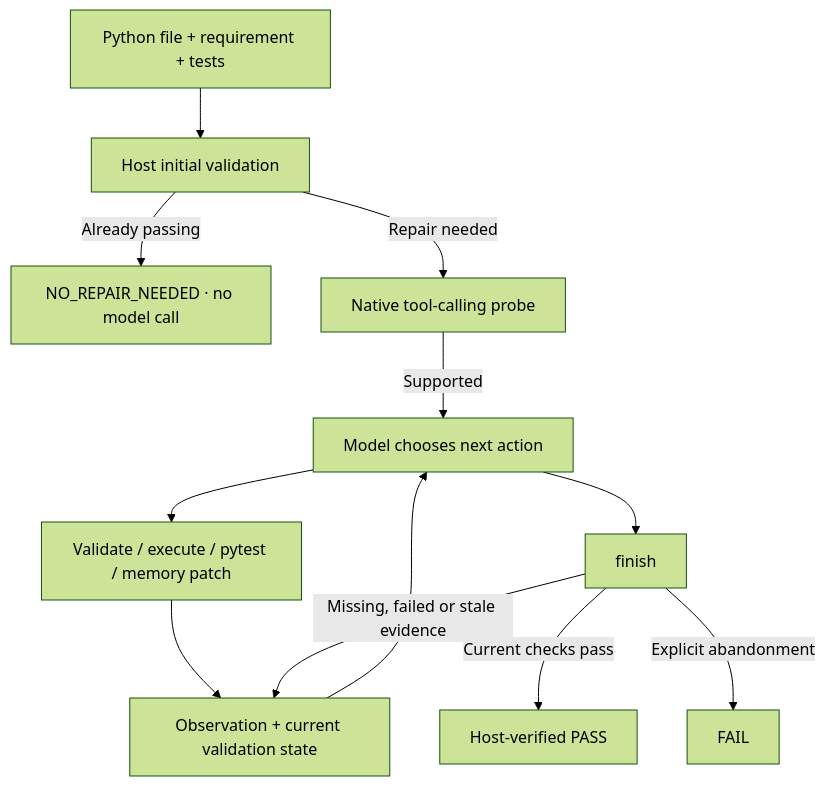
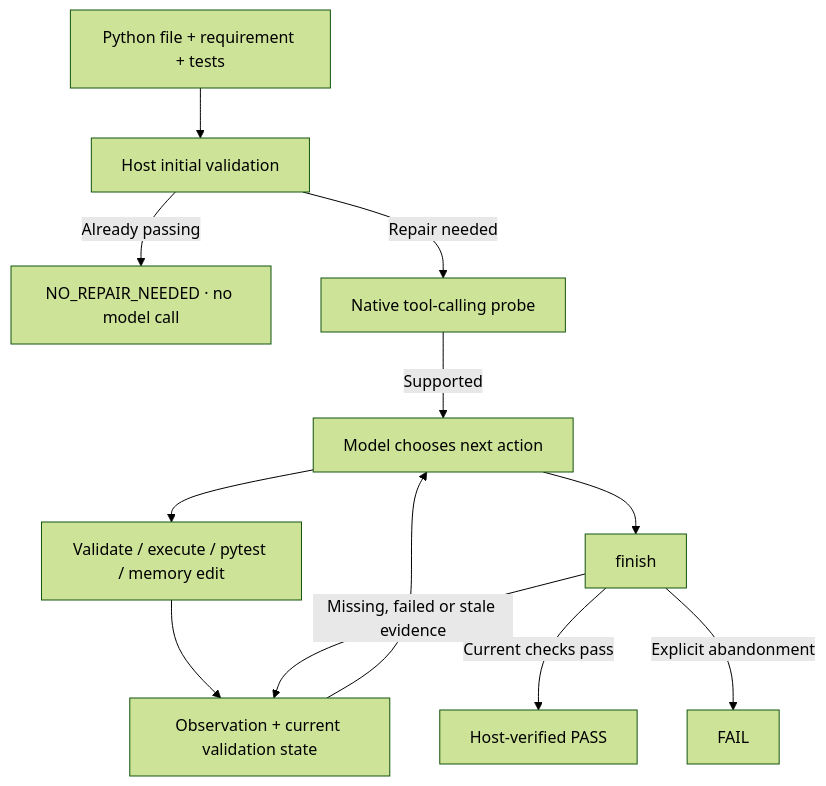
One commit to tTko99/dependency-aware-codegen changed the diagram in README.md. Above: the diagram before and after it, drawn with Mermaid (forest theme). The commit also changed other lines of this file and 1 other file, not shown here.

````diff
--- a/README.md
+++ b/README.md
@@ -30,14 +32,14 @@
 ```mermaid
 flowchart TD
     A[Python file + requirement + tests] --> B[Host initial validation]
     B -- Already passing --> C[NO_REPAIR_NEEDED · no model call]
     B -- Repair needed --> D[Native tool-calling probe]
     D -- Supported --> E[Model chooses next action]
-    E --> F[Validate / execute / pytest / memory patch]
+    E --> F[Validate / execute / pytest / memory edit]
     F --> G[Observation + current validation state]
     G --> E
     E --> H[finish]
     H -- Missing, failed or stale evidence --> G
     H -- Current checks pass --> I[Host-verified PASS]
     H -- Explicit abandonment --> J[FAIL]
 ```
````
